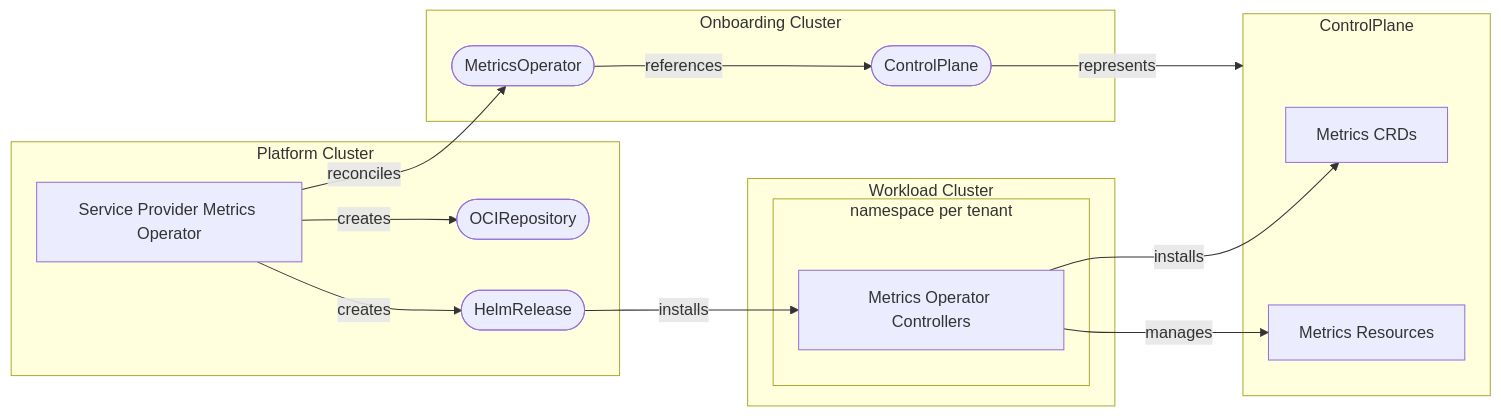
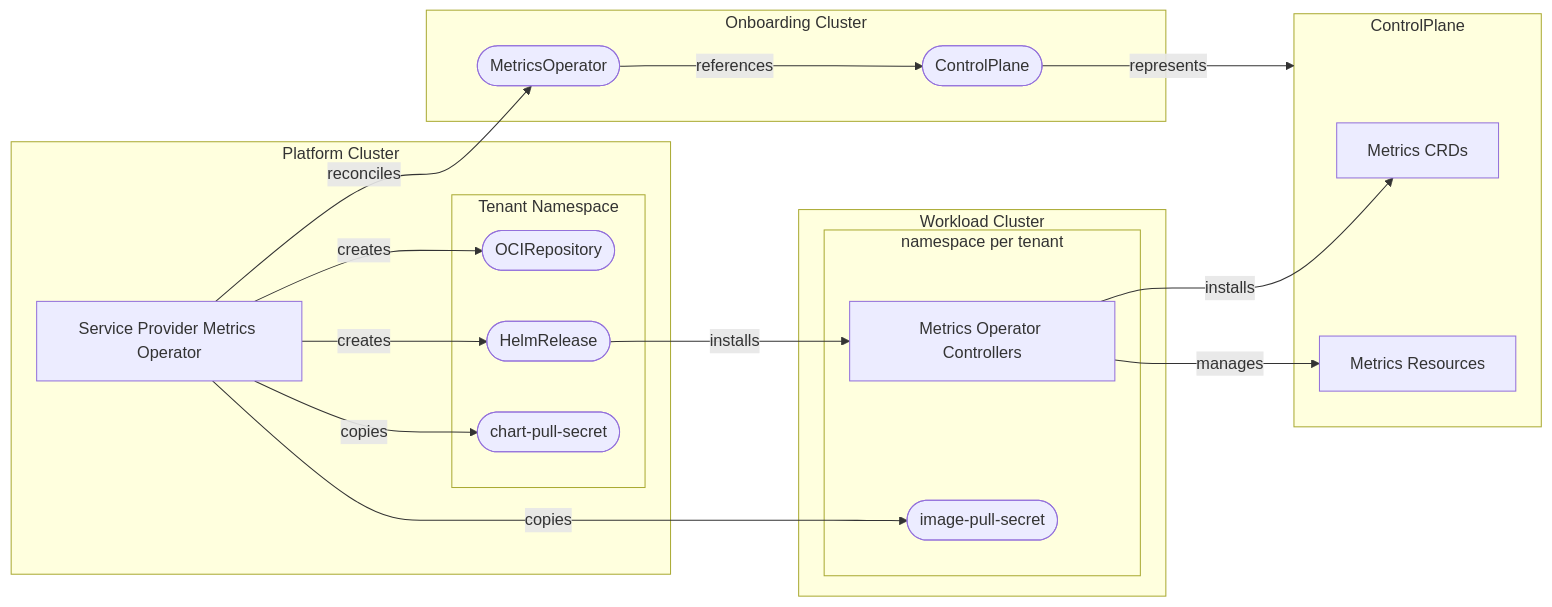
One commit to openmcp-project/service-provider-metrics-operator changed the diagram in README.md. Above: the diagram before and after it, drawn with Mermaid. The commit also changed 10 other files, not shown here.

````diff
--- a/README.md
+++ b/README.md
@@ -18,35 +18,41 @@
 ```mermaid
 flowchart LR
 
   subgraph PC[Platform Cluster]
     spmo[Service Provider Metrics Operator]
-    ocirepo([OCIRepository])
-    helmrel([HelmRelease])
+    subgraph TN[Tenant Namespace]
+      ocirepo([OCIRepository])
+      helmrel([HelmRelease])
+      chartsec([chart-pull-secret])
+    end
   end
 
   subgraph OC[Onboarding Cluster]
     moapi([MetricsOperator])
     mcpapi([ControlPlane])
 
     moapi -- references --> mcpapi
   end
 
   subgraph mcp[ControlPlane]
     crds[Metrics CRDs]
     metrics[Metrics Resources]
   end
 
   subgraph wl[Workload Cluster]
     subgraph NS[namespace per tenant]
       wlmoctrl[Metrics Operator Controllers]
+      imgsec([image-pull-secret])
     end
   end
 
   spmo -- reconciles --> moapi
   spmo -- creates --> ocirepo
   spmo -- creates --> helmrel
+  spmo -- copies --> chartsec
+  spmo -- copies --> imgsec
   helmrel -- installs --> wlmoctrl
   wlmoctrl -- installs --> crds
   wlmoctrl -- manages --> metrics
   mcpapi -- represents --> mcp
 ```
````
